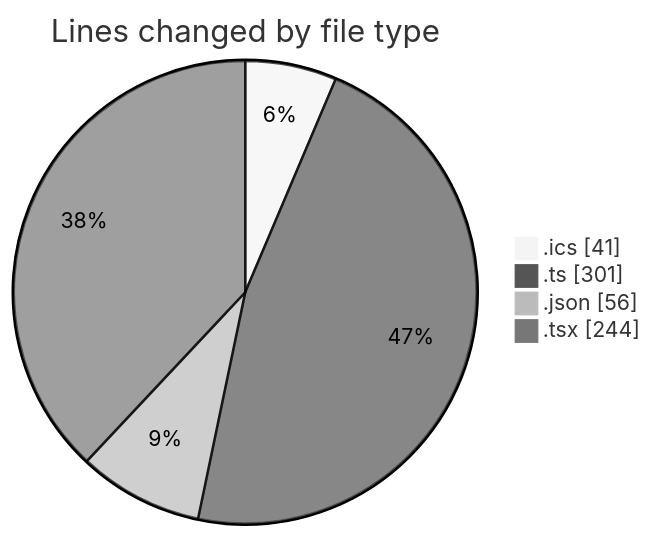
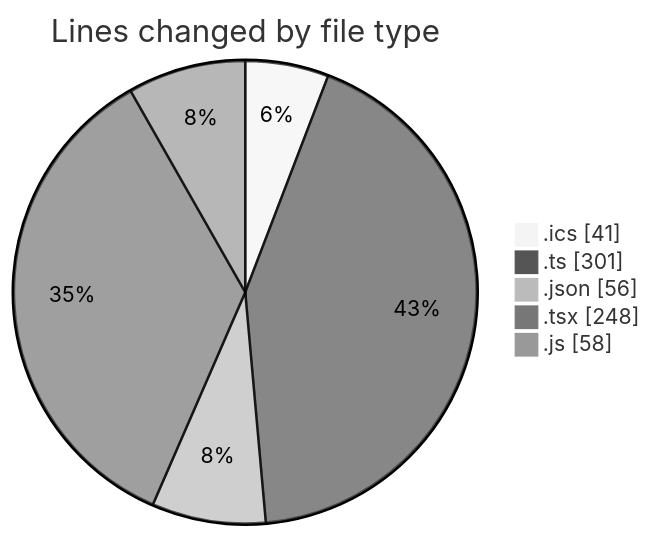
The first of 2 diagrams in 2025-10-28/cda/README.md (momahboobian/code-tracking), drawn with Mermaid (neutral theme) before and after one commit. The commit also changed other lines of this file and 1 other file, not shown here.

````diff
--- a/2025-10-28/cda/README.md
+++ b/2025-10-28/cda/README.md
@@ -25,8 +26,9 @@
 ```mermaid
 pie showData
 title Lines changed by file type
 ".ics" : 41
 ".ts" : 301
 ".json" : 56
-".tsx" : 244
+".tsx" : 248
+".js" : 58
 ```
````
